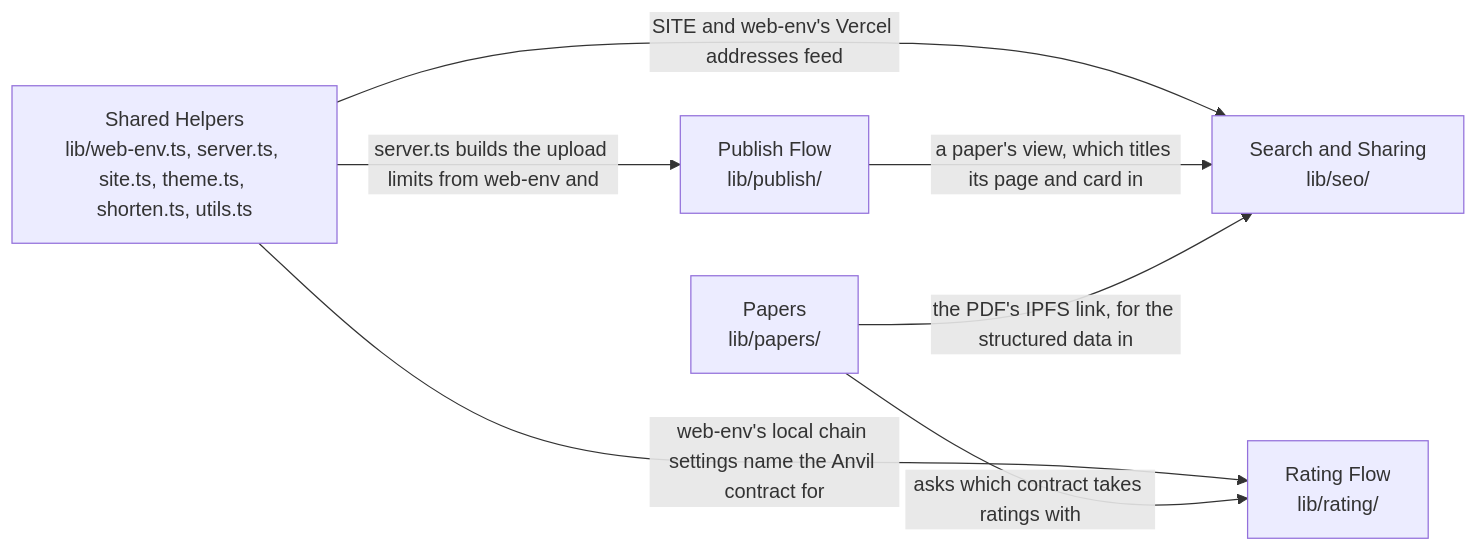
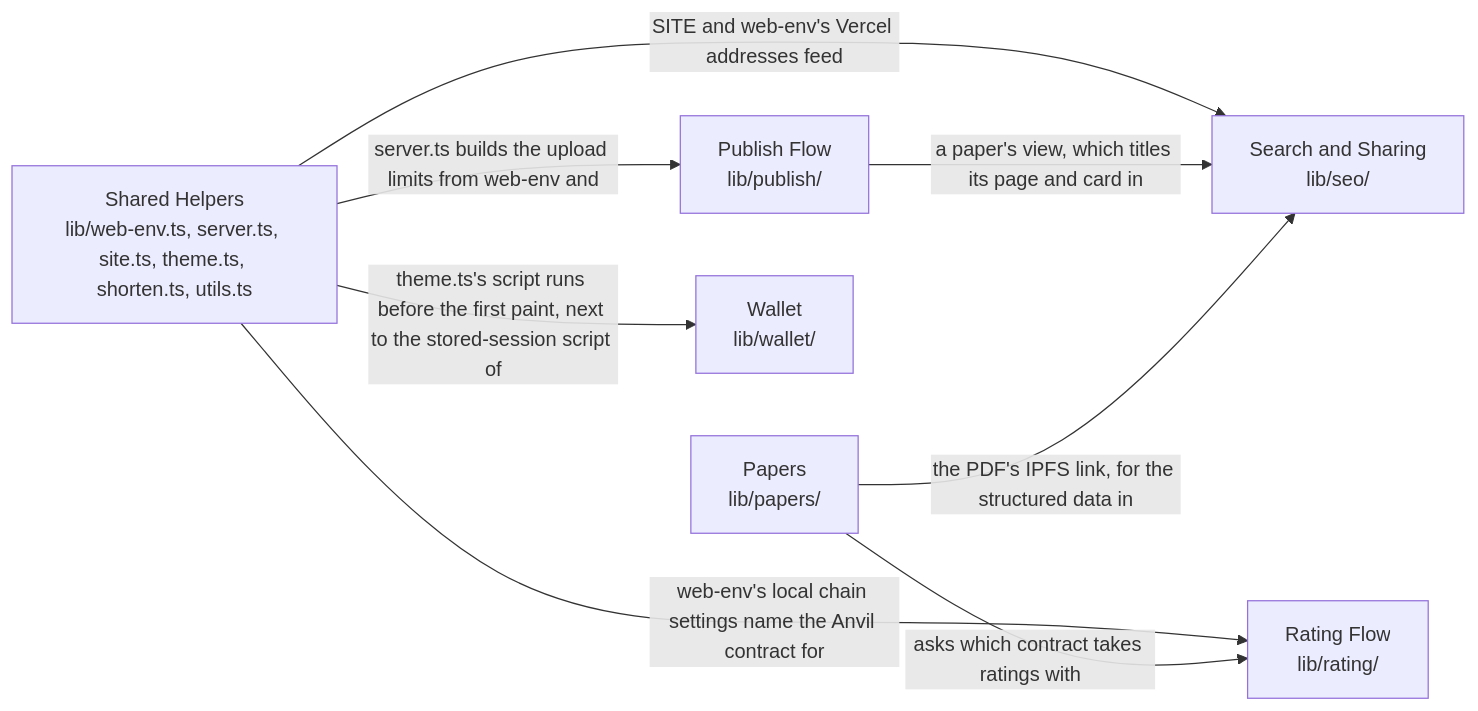
One commit to SiegfriedBz/labstrail changed the diagram in .omm/overall-architecture/web-app/lib/diagram.mmd. Above: the diagram before and after it, drawn with Mermaid. The commit also changed 65 other files, not shown here.

```diff
--- a/.omm/overall-architecture/web-app/lib/diagram.mmd
+++ b/.omm/overall-architecture/web-app/lib/diagram.mmd
@@ -1,7 +1,8 @@
 graph LR
     helpers["Shared Helpers\nlib/web-env.ts, server.ts, site.ts, theme.ts, shorten.ts, utils.ts"] -->|"server.ts builds the upload limits from web-env and"| publish["Publish Flow\nlib/publish/"]
     helpers -->|"web-env's local chain settings name the Anvil contract for"| rating["Rating Flow\nlib/rating/"]
     papers["Papers\nlib/papers/"] -->|"asks which contract takes ratings with"| rating
     helpers -->|"SITE and web-env's Vercel addresses feed"| seo["Search and Sharing\nlib/seo/"]
     publish -->|"a paper's view, which titles its page and card in"| seo
     papers -->|"the PDF's IPFS link, for the structured data in"| seo
+    helpers -->|"theme.ts's script runs before the first paint, next to the stored-session script of"| wallet["Wallet\nlib/wallet/"]
```
